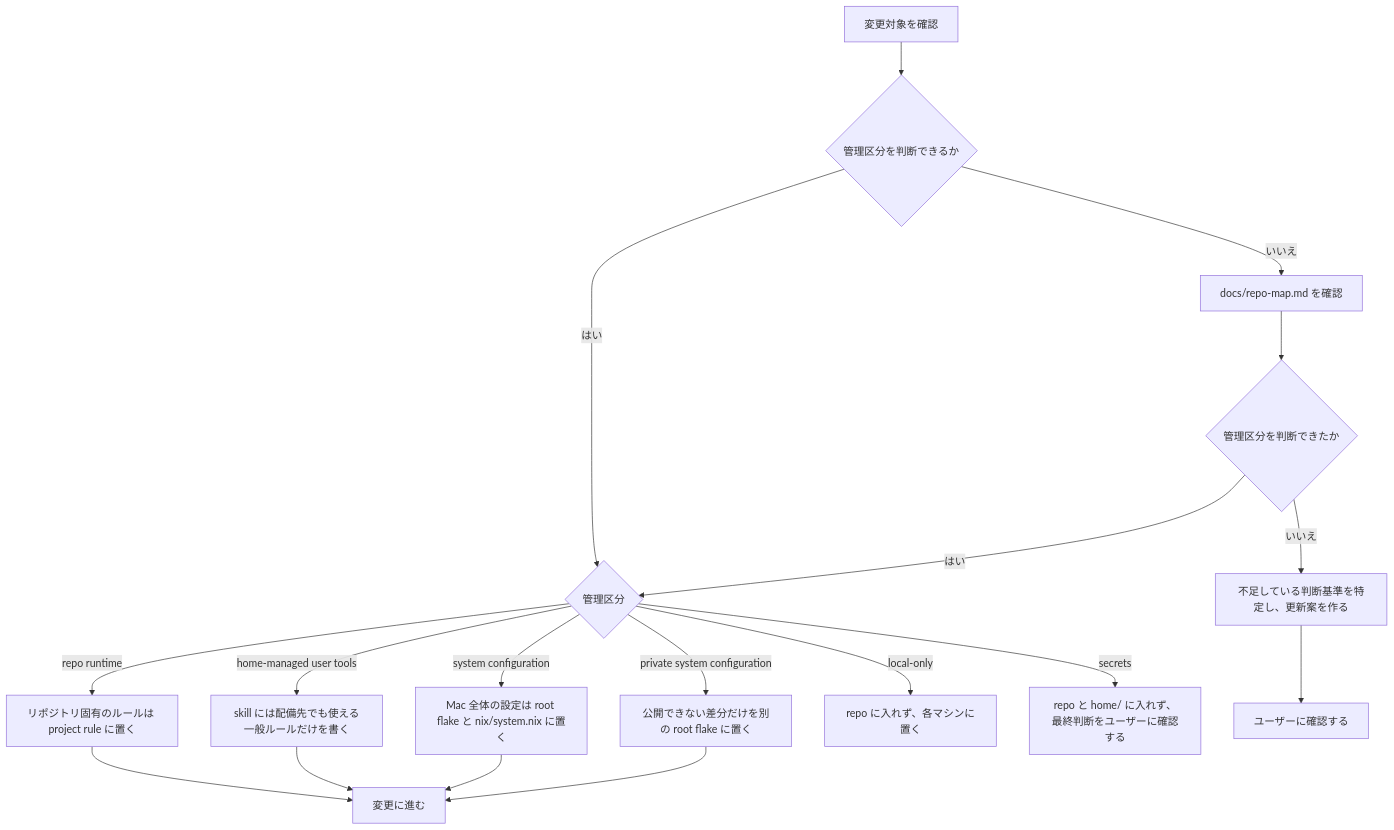
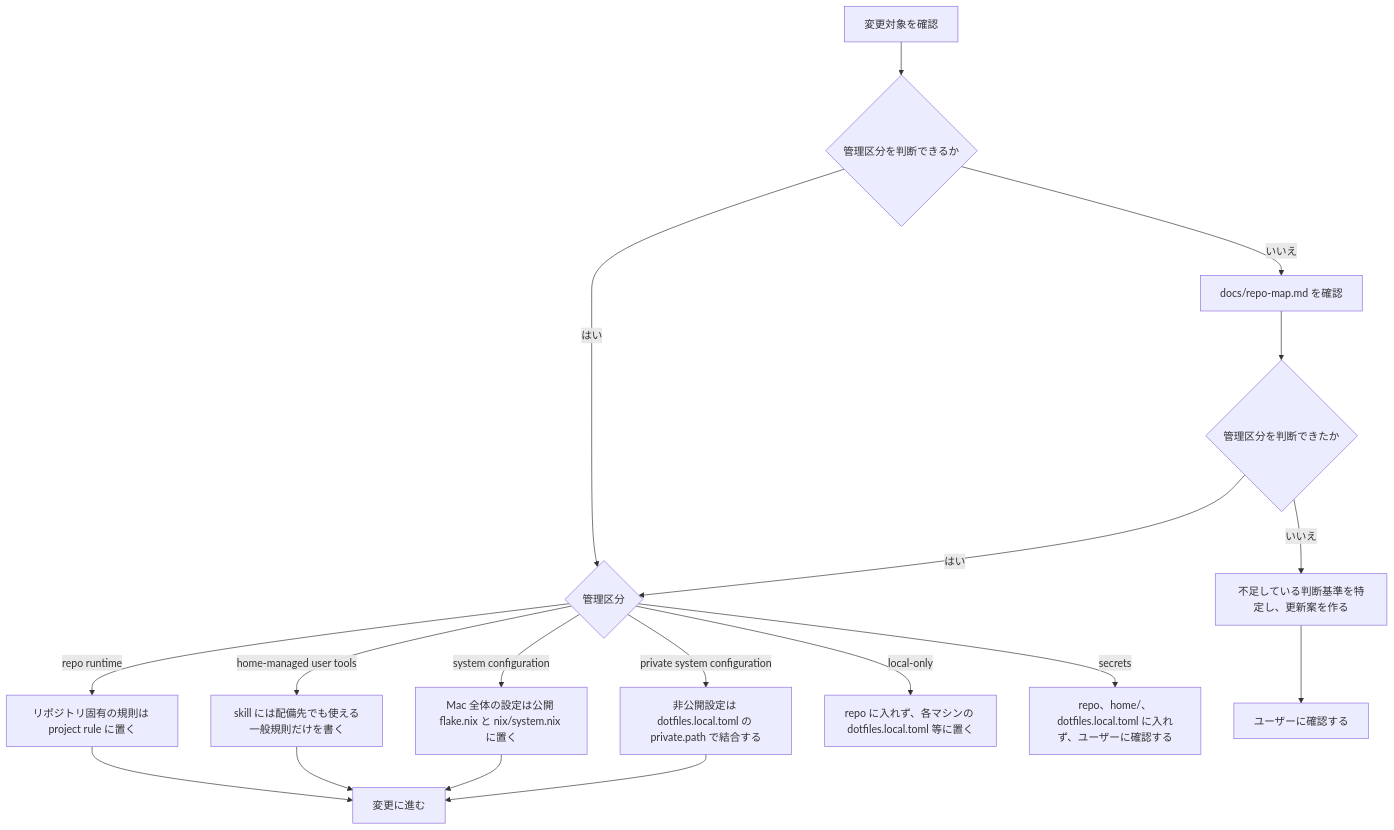
The first of 2 diagrams in docs/operations.md (9sako6/dotfiles), drawn with Mermaid before and after one commit. The commit also changed other lines of this file and 35 other files, not shown here.

First line of the commit message:
Compose host settings and private modules from frozen public-root inputs

````diff
--- a/docs/operations.md
+++ b/docs/operations.md
@@ -9,20 +9,20 @@
 ```mermaid
 flowchart TD
     start["変更対象を確認"] --> known{"管理区分を判断できるか"}
     known -->|"はい"| boundary{"管理区分"}
     known -->|"いいえ"| map["docs/repo-map.md を確認"]
     map --> resolved{"管理区分を判断できたか"}
     resolved -->|"はい"| boundary
     resolved -->|"いいえ"| proposal["不足している判断基準を特定し、更新案を作る"]
     proposal --> ask["ユーザーに確認する"]
-    boundary -->|"repo runtime"| repo["リポジトリ固有のルールは project rule に置く"]
-    boundary -->|"home-managed user tools"| home["skill には配備先でも使える一般ルールだけを書く"]
-    boundary -->|"system configuration"| system["Mac 全体の設定は root flake と nix/system.nix に置く"]
-    boundary -->|"private system configuration"| private["公開できない差分だけを別の root flake に置く"]
-    boundary -->|"local-only"| local["repo に入れず、各マシンに置く"]
-    boundary -->|"secrets"| secrets["repo と home/ に入れず、最終判断をユーザーに確認する"]
+    boundary -->|"repo runtime"| repo["リポジトリ固有の規則は project rule に置く"]
+    boundary -->|"home-managed user tools"| home["skill には配備先でも使える一般規則だけを書く"]
+    boundary -->|"system configuration"| system["Mac 全体の設定は公開 flake.nix と nix/system.nix に置く"]
+    boundary -->|"private system configuration"| private["非公開設定は dotfiles.local.toml の private.path で結合する"]
+    boundary -->|"local-only"| local["repo に入れず、各マシンの dotfiles.local.toml 等に置く"]
+    boundary -->|"secrets"| secrets["repo、home/、dotfiles.local.toml に入れず、ユーザーに確認する"]
     repo --> change["変更に進む"]
     home --> change
     system --> change
     private --> change
 ```
````
